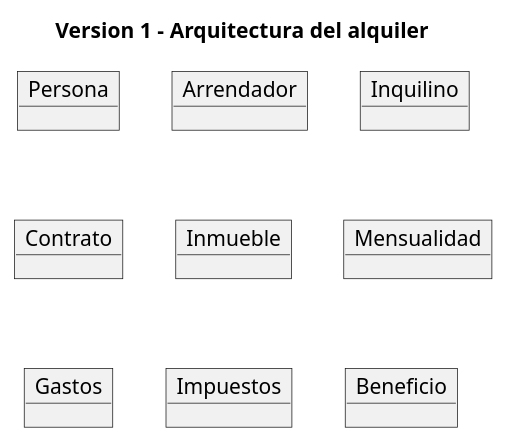
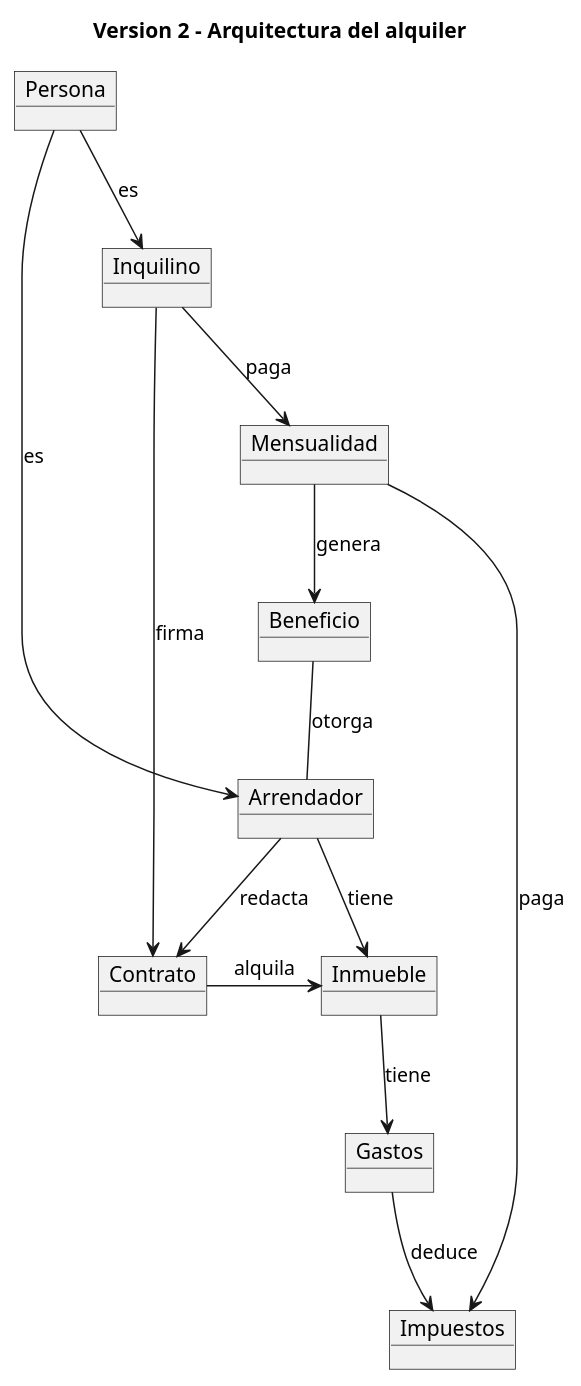
One commit to UNE-Jose/26-27-IDSW1 changed the diagram in entregas/delaasuncionJose/modeloDelDominio/diagramas/modelo.puml. Above: the diagram before and after it, drawn with PlantUML.

Commit message:
v2 modelo del dominio

```diff
--- a/entregas/delaasuncionJose/modeloDelDominio/diagramas/modelo.puml
+++ b/entregas/delaasuncionJose/modeloDelDominio/diagramas/modelo.puml
@@ -1,14 +1,27 @@
-@startuml v1
-title Version 1 - Arquitectura del alquiler
+@startuml v2
+title Version 2 - Arquitectura del alquiler
 
 object Persona
 object Arrendador
 object Inquilino
 object Contrato
 object Inmueble
 object Mensualidad
 object Gastos
 object Impuestos
 object Beneficio
 
+Persona --> Arrendador : es
+Persona --> Inquilino : es
+Arrendador --> Inmueble : tiene
+Arrendador --> Contrato : redacta
+Inquilino --> Contrato : firma
+Contrato -> Inmueble : alquila
+Inquilino --> Mensualidad : paga
+Mensualidad --> Impuestos : paga
+Inmueble --> Gastos : tiene
+Gastos --> Impuestos : deduce
+Mensualidad --> Beneficio : genera
+Beneficio -- Arrendador : otorga
+
 @enduml
```
